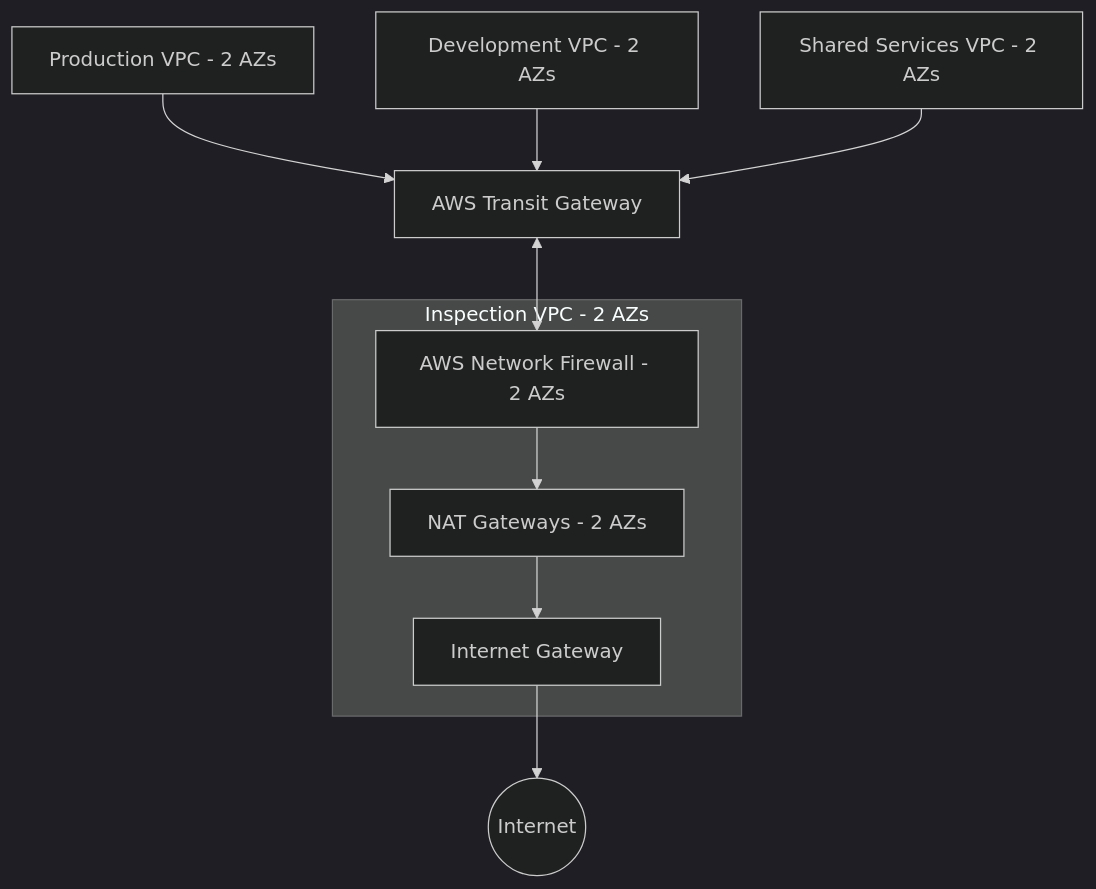
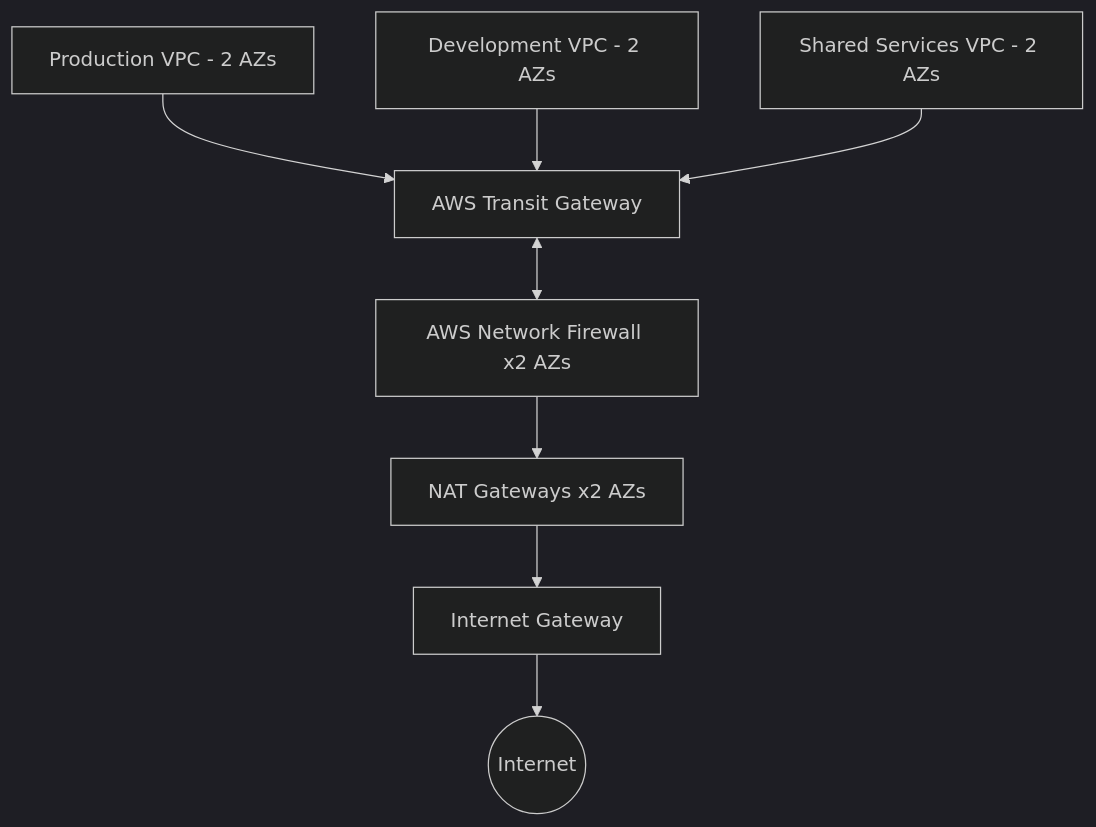
One commit to RIT-MESH/aws-network-firewall-security-hub changed the diagram in README.md. Above: the diagram before and after it, drawn with Mermaid (dark theme). The commit also changed other lines of this file and 26 other files, not shown here.

````diff
--- a/README.md
+++ b/README.md
@@ -13,26 +23,18 @@
 ```mermaid
 flowchart TB
     Internet((Internet))
     IGW[Internet Gateway]
-    NAT[NAT Gateways - 2 AZs]
-    NFW[AWS Network Firewall - 2 AZs]
+    NAT[NAT Gateways x2 AZs]
+    NFW[AWS Network Firewall x2 AZs]
     TGW[AWS Transit Gateway]
-
-    subgraph Inspection["Inspection VPC - 2 AZs"]
-      NFW
-      NAT
-      IGW
-    end
-
     PROD[Production VPC - 2 AZs]
     DEV[Development VPC - 2 AZs]
     SHARED[Shared Services VPC - 2 AZs]
-
     PROD --> TGW
     DEV --> TGW
     SHARED --> TGW
     TGW <--> NFW
     NFW --> NAT
     NAT --> IGW
     IGW --> Internet
 ```
````
